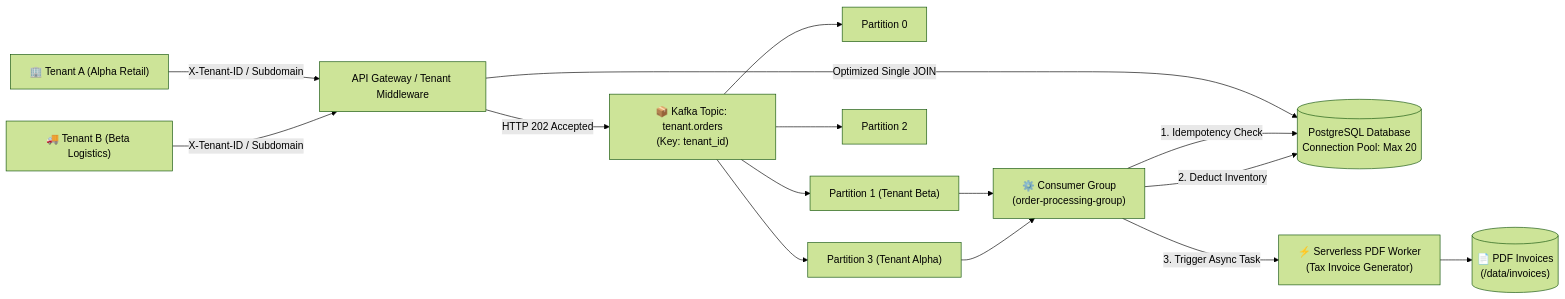
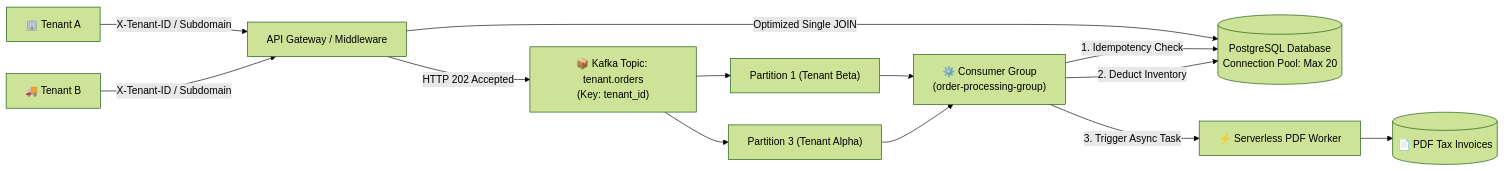
The diagram in README.md (ahsanalich358/Lab-6-Assignment-AWT), drawn with Mermaid (forest theme) before and after one commit. The commit also changed other lines of this file, not shown here.

````diff
--- a/README.md
+++ b/README.md
@@ -29,21 +20,19 @@
 ```mermaid
 flowchart LR
-    ClientA["🏢 Tenant A (Alpha Retail)"] -->|X-Tenant-ID / Subdomain| Gateway["API Gateway / Tenant Middleware"]
-    ClientB["🚚 Tenant B (Beta Logistics)"] -->|X-Tenant-ID / Subdomain| Gateway
+    ClientA["🏢 Tenant A"] -->|X-Tenant-ID / Subdomain| Gateway["API Gateway / Middleware"]
+    ClientB["🚚 Tenant B"] -->|X-Tenant-ID / Subdomain| Gateway
 
     Gateway -->|HTTP 202 Accepted| KafkaTopic["📦 Kafka Topic: tenant.orders\n(Key: tenant_id)"]
     Gateway -->|Optimized Single JOIN| DB[(PostgreSQL Database\nConnection Pool: Max 20)]
 
-    KafkaTopic --> Partition0["Partition 0"]
     KafkaTopic --> Partition1["Partition 1 (Tenant Beta)"]
-    KafkaTopic --> Partition2["Partition 2"]
     KafkaTopic --> Partition3["Partition 3 (Tenant Alpha)"]
 
-    Partition1 --> ConsumerGroup["⚙️ Consumer Group\n(order-processing-group)"]
-    Partition3 --> ConsumerGroup
+    Partition1 --> Consumer["⚙️ Consumer Group\n(order-processing-group)"]
+    Partition3 --> Consumer
 
-    ConsumerGroup -->|1. Idempotency Check| DB
-    ConsumerGroup -->|2. Deduct Inventory| DB
-    ConsumerGroup -->|3. Trigger Async Task| ServerlessWorker["⚡ Serverless PDF Worker\n(Tax Invoice Generator)"]
-    ServerlessWorker --> Storage[("📄 PDF Invoices\n(/data/invoices)")]
+    Consumer -->|1. Idempotency Check| DB
+    Consumer -->|2. Deduct Inventory| DB
+    Consumer -->|3. Trigger Async Task| ServerlessWorker["⚡ Serverless PDF Worker"]
+    ServerlessWorker --> Invoices[("📄 PDF Tax Invoices")]
 ```
````
